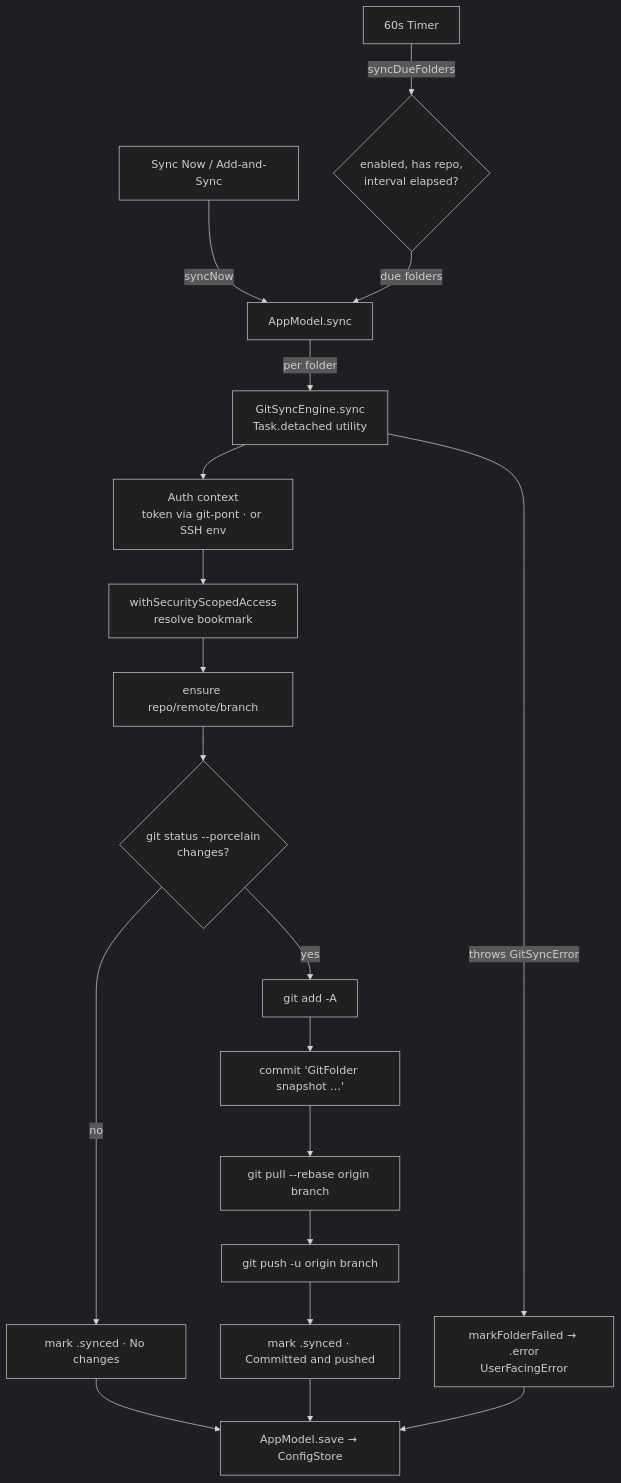
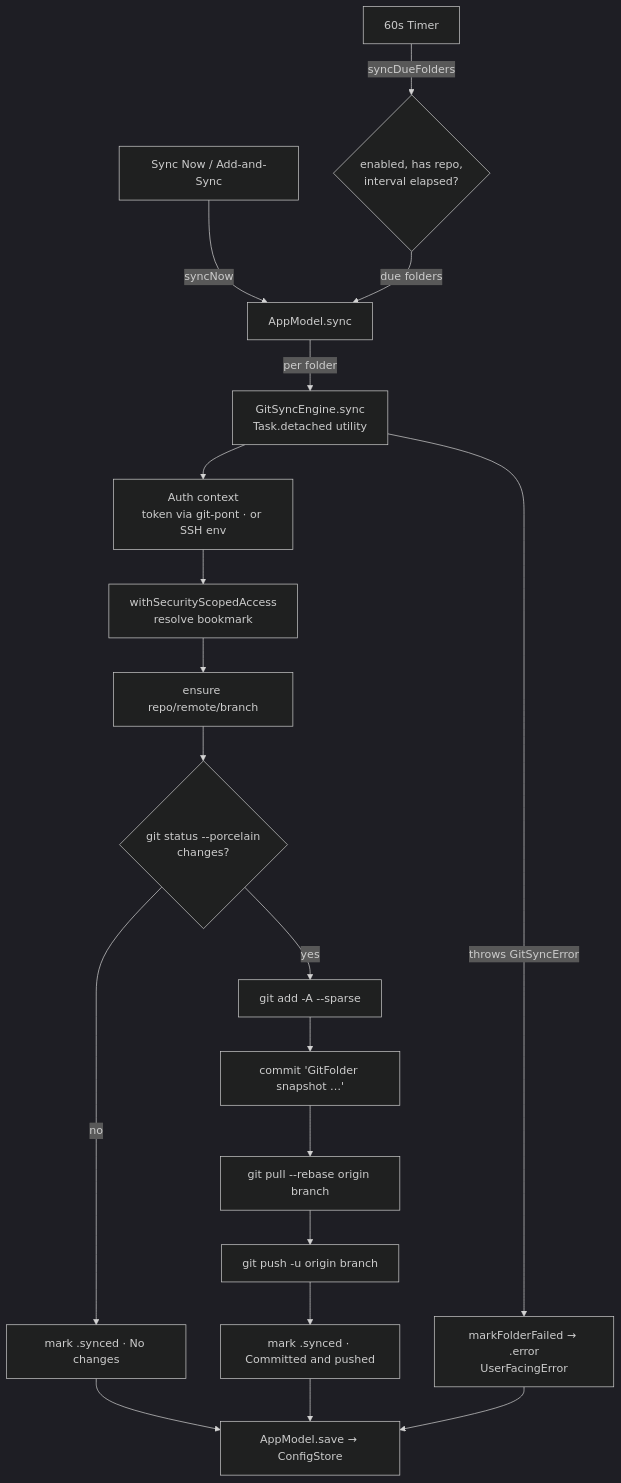
One commit to silvandiepen/gitkittie changed the diagram in apps/gitfolder-macos/docs/Architecture.md. Above: the diagram before and after it, drawn with Mermaid (dark theme). The commit also changed 4 other files, not shown here.

````diff
--- a/apps/gitfolder-macos/docs/Architecture.md
+++ b/apps/gitfolder-macos/docs/Architecture.md
@@ -106,19 +106,19 @@
 ```mermaid
 flowchart TD
     T[60s Timer] -->|syncDueFolders| D{enabled, has repo,<br/>interval elapsed?}
     M[Sync Now / Add-and-Sync] -->|syncNow| G
     D -->|due folders| G[AppModel.sync]
     G -->|per folder| E[GitSyncEngine.sync<br/>Task.detached utility]
     E --> A[Auth context<br/>token via git-pont · or SSH env]
     A --> S[withSecurityScopedAccess<br/>resolve bookmark]
     S --> R[ensure repo/remote/branch]
     R --> ST{git status --porcelain<br/>changes?}
     ST -->|no| OK1[mark .synced · No changes]
-    ST -->|yes| ADD[git add -A]
+    ST -->|yes| ADD[git add -A --sparse]
     ADD --> C[commit 'GitFolder snapshot …']
     C --> PR[git pull --rebase origin branch]
     PR --> PU[git push -u origin branch]
     PU --> OK2[mark .synced · Committed and pushed]
     E -->|throws GitSyncError| ERR[markFolderFailed → .error<br/>UserFacingError]
     OK1 & OK2 & ERR --> SAVE[AppModel.save → ConfigStore]
 ```
````
